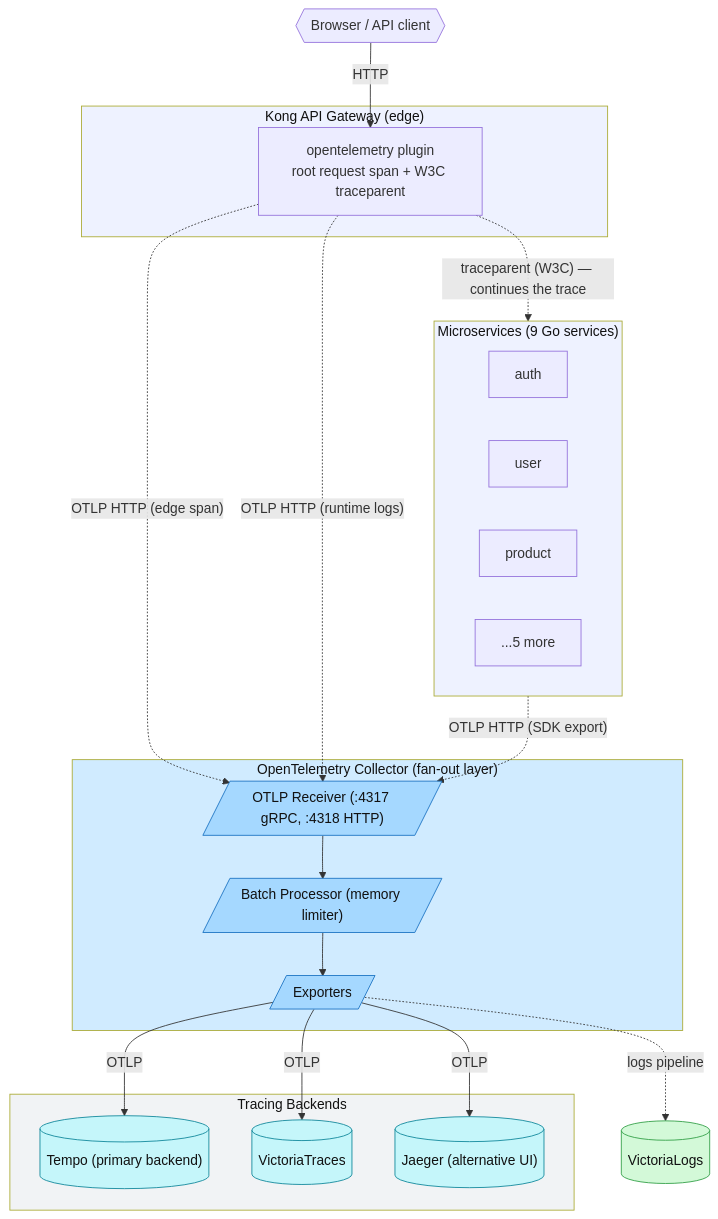
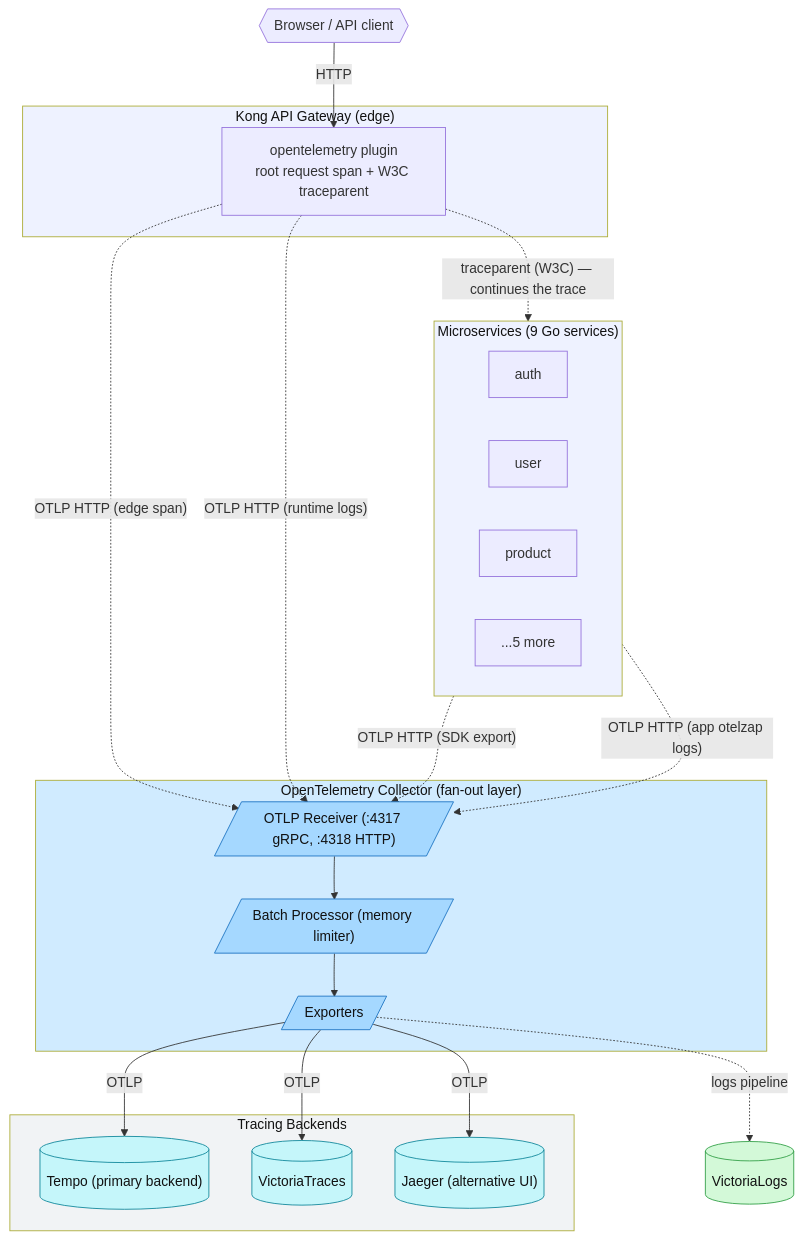
Before and after one commit to duynhlab/homelab: the first of 2 diagrams in docs/observability/tracing/architecture.md, drawn with Mermaid. The commit also changed other lines of this file and 243 other files, not shown here.

````diff
--- a/docs/observability/tracing/architecture.md
+++ b/docs/observability/tracing/architecture.md
@@ -11,49 +11,50 @@
 ```mermaid
 flowchart TB
     Client{{"Browser / API client"}}
 
     subgraph Edge["Kong API Gateway (edge)"]
         Kong["opentelemetry plugin<br/>root request span + W3C traceparent"]
     end
 
     subgraph Apps["Microservices (9 Go services)"]
         Auth[auth]
         User[user]
         Product[product]
         Others[...5 more]
     end
 
     subgraph OTelCollector["OpenTelemetry Collector (fan-out layer)"]
         Receiver[/"OTLP Receiver (:4317 gRPC, :4318 HTTP)"/]
         Processor[/"Batch Processor (memory limiter)"/]
         Exporter[/"Exporters"/]
     end
 
     subgraph Backends["Tracing Backends"]
         Tempo[("Tempo (primary backend)")]
         VT[("VictoriaTraces")]
         Jaeger[("Jaeger (alternative UI)")]
     end
 
     Client -->|HTTP| Kong
     Kong -.->|"traceparent (W3C) — continues the trace"| Apps
     Kong -.->|"OTLP HTTP (edge span)"| Receiver
     Apps -.->|"OTLP HTTP (SDK export)"| Receiver
     Receiver --> Processor
     Processor --> Exporter
     Exporter -->|OTLP| Tempo
     Exporter -->|OTLP| VT
     Exporter -->|OTLP| Jaeger
     Kong -.->|"OTLP HTTP (runtime logs)"| Receiver
+    Apps -.->|"OTLP HTTP (app otelzap logs)"| Receiver
     Exporter -.->|"logs pipeline"| VLogs[("VictoriaLogs")]
     classDef otc fill:#a5d8ff,stroke:#1971c2,color:#111;
     classDef trace fill:#c5f6fa,stroke:#0c8599,color:#111;
     classDef log fill:#d3f9d8,stroke:#2f9e44,color:#111;
     class Receiver,Processor,Exporter otc;
     class Tempo,VT,Jaeger trace;
     class VLogs log;
     style Edge fill:#eef2ff,color:#111;
     style Apps fill:#eef2ff,color:#111;
     style OTelCollector fill:#d0ebff,color:#111;
     style Backends fill:#f1f3f5,color:#111;
 ```
````
